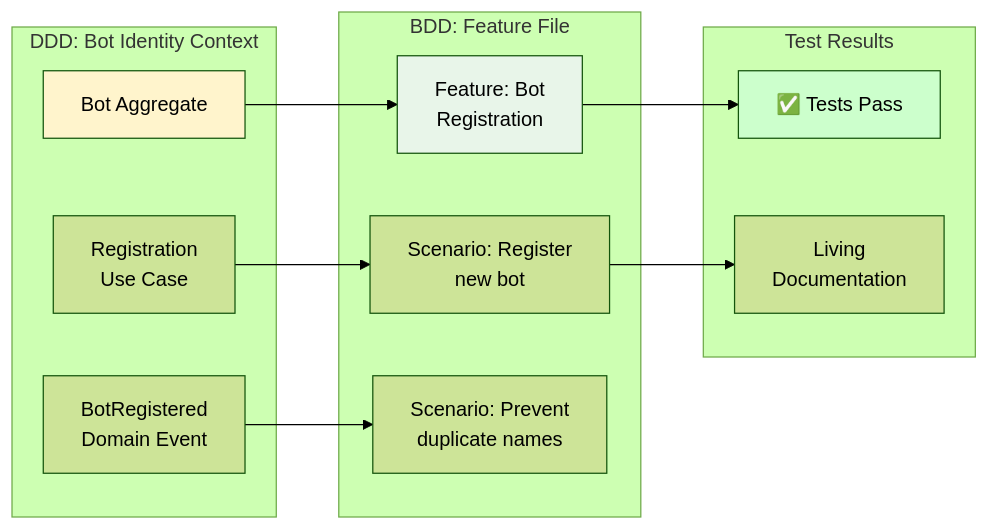
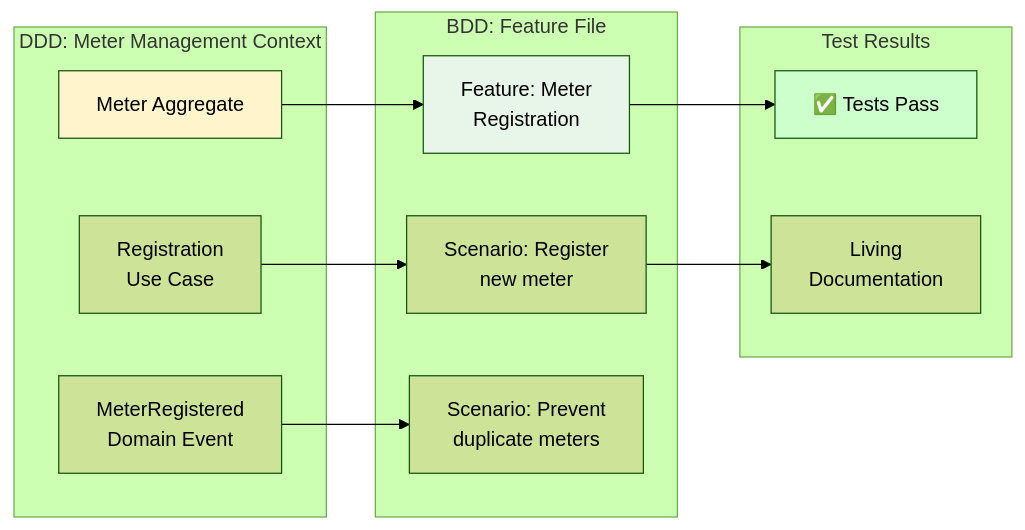
Before and after one commit to esimplicityinc/water-demo: the fifth of 6 diagrams in docs/bdd/01-bdd-overview.md, drawn with Mermaid (forest theme). The commit also changed other lines of this file and 6 other files, not shown here.

````diff
--- a/docs/bdd/01-bdd-overview.md
+++ b/docs/bdd/01-bdd-overview.md
@@ -169,29 +173,29 @@
 ```mermaid
 graph LR
-    subgraph "DDD: Bot Identity Context"
-        A[Bot Aggregate]
+    subgraph "DDD: Meter Management Context"
+        A[Meter Aggregate]
         B[Registration<br/>Use Case]
-        C[BotRegistered<br/>Domain Event]
+        C[MeterRegistered<br/>Domain Event]
     end
 
     subgraph "BDD: Feature File"
-        D[Feature: Bot<br/>Registration]
-        E[Scenario: Register<br/>new bot]
-        F[Scenario: Prevent<br/>duplicate names]
+        D[Feature: Meter<br/>Registration]
+        E[Scenario: Register<br/>new meter]
+        F[Scenario: Prevent<br/>duplicate meters]
     end
 
     subgraph "Test Results"
         G[✅ Tests Pass]
         H[Living<br/>Documentation]
     end
 
     A --> D
     B --> E
     C --> F
     D --> G
     E --> H
 
     style A fill:#fff4cc
     style D fill:#e8f5e9
     style G fill:#ccffcc
 ```
````
